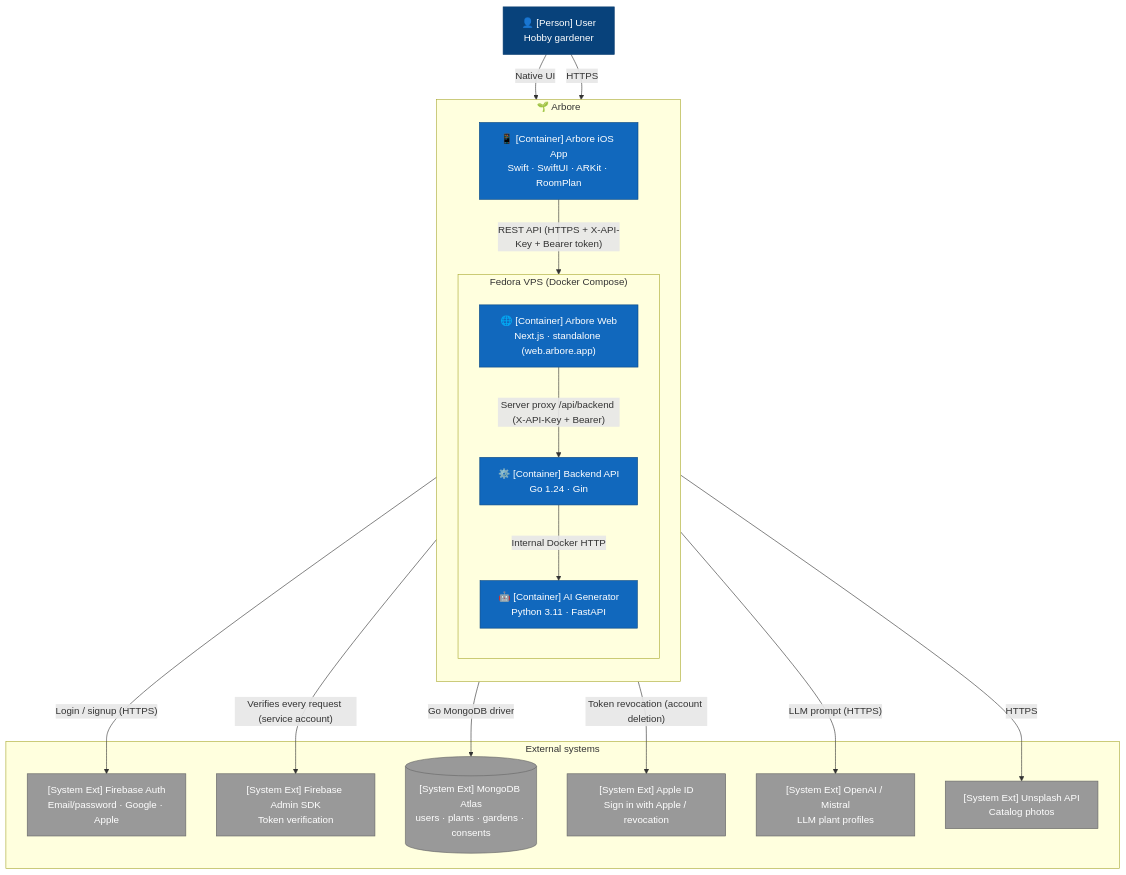
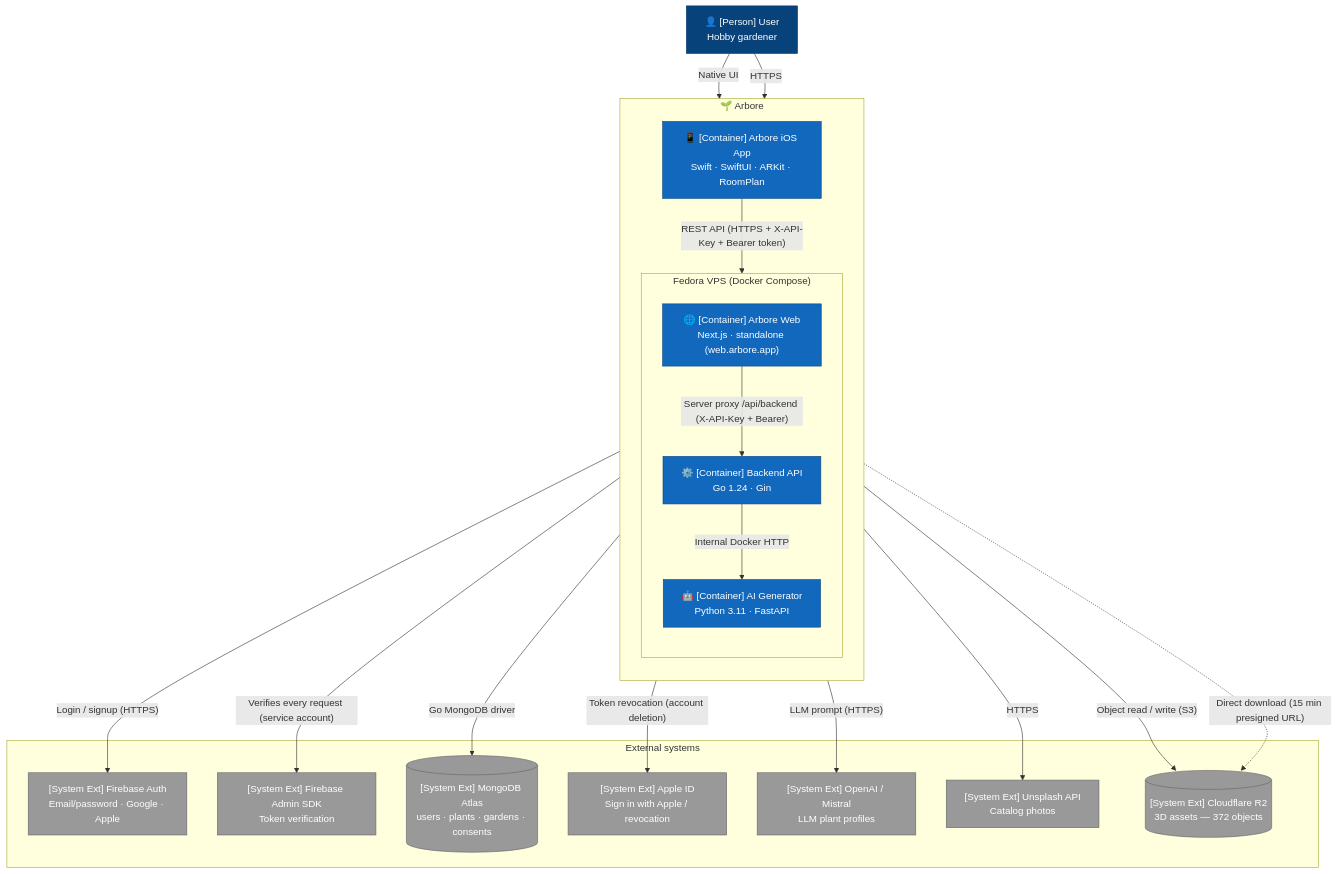
Before and after one commit to ArboreTeam/Arbore: the diagram in docs/en/architecture/02-containers.md, drawn with Mermaid. The commit also changed 11 other files, not shown here.

````diff
--- a/docs/en/architecture/02-containers.md
+++ b/docs/en/architecture/02-containers.md
@@ -11,46 +11,49 @@
 ```mermaid
 flowchart TB
     user["👤 [Person] User<br/>Hobby gardener"]
 
     subgraph arbore["🌱 Arbore"]
         direction TB
         ios["📱 [Container] Arbore iOS App<br/>Swift · SwiftUI · ARKit · RoomPlan"]
 
         subgraph vps["Fedora VPS (Docker Compose)"]
             direction TB
             web["🌐 [Container] Arbore Web<br/>Next.js · standalone (web.arbore.app)"]
             backend["⚙️ [Container] Backend API<br/>Go 1.24 · Gin"]
             ai["🤖 [Container] AI Generator<br/>Python 3.11 · FastAPI"]
         end
     end
 
     subgraph ext["External systems"]
         firebase_auth["[System Ext] Firebase Auth<br/>Email/password · Google · Apple"]
         firebase_admin["[System Ext] Firebase Admin SDK<br/>Token verification"]
         mongo[("[System Ext] MongoDB Atlas<br/>users · plants · gardens · consents")]
         apple["[System Ext] Apple ID<br/>Sign in with Apple / revocation"]
         llm["[System Ext] OpenAI / Mistral<br/>LLM plant profiles"]
         unsplash["[System Ext] Unsplash API<br/>Catalog photos"]
+        r2[("[System Ext] Cloudflare R2<br/>3D assets — 372 objects")]
     end
 
     user -- "Native UI"  --> ios
     user -- "HTTPS"      --> web
 
     ios     -- "Login / signup (HTTPS)"                        --> firebase_auth
     ios     -- "REST API (HTTPS + X-API-Key + Bearer token)"   --> backend
     web     -- "Server proxy /api/backend (X-API-Key + Bearer)" --> backend
 
     backend -- "Verifies every request (service account)"      --> firebase_admin
     backend -- "Go MongoDB driver"                             --> mongo
     backend -- "Token revocation (account deletion)"           --> apple
     backend -- "Internal Docker HTTP"                          --> ai
     backend -- "HTTPS"                                         --> unsplash
+    backend -- "Object read / write (S3)"                     --> r2
+    ios     -. "Direct download (15 min presigned URL)" .-> r2
     ai      -- "LLM prompt (HTTPS)"                            --> llm
 
     classDef person   fill:#08427B,stroke:#073B6F,color:#fff
     classDef cont     fill:#1168BD,stroke:#0B4884,color:#fff
     classDef ext_node fill:#999,stroke:#666,color:#fff
     class user person
     class ios,web,backend,ai cont
-    class firebase_auth,firebase_admin,mongo,apple,llm,unsplash ext_node
+    class firebase_auth,firebase_admin,mongo,apple,llm,unsplash,r2 ext_node
 ```
````
